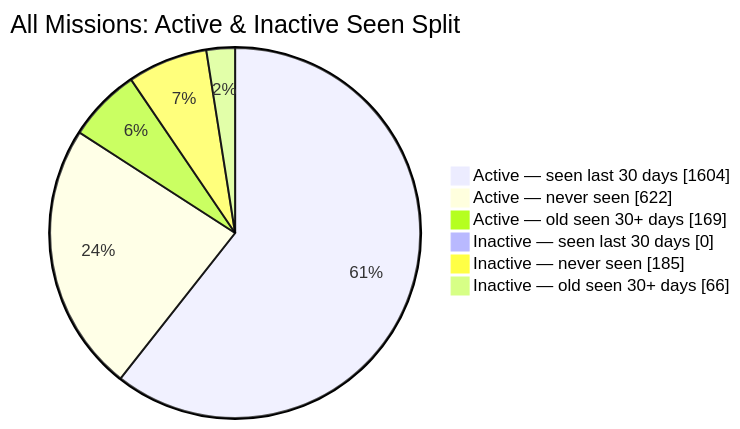
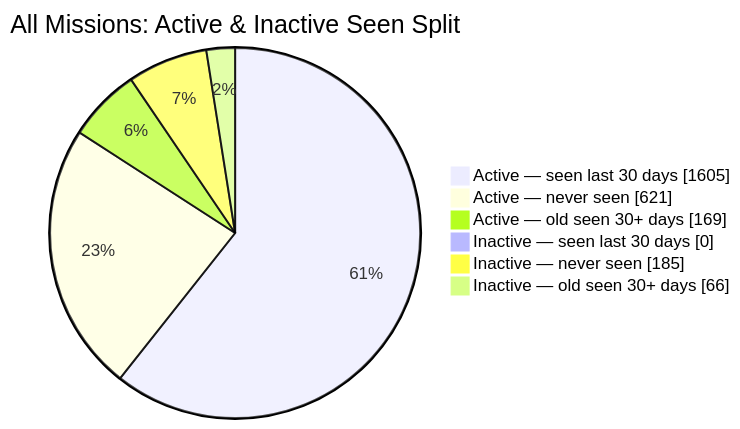
The second of 2 diagrams in README.md (MeldkamerspelGameTeam/active-missions), drawn with Mermaid before and after one commit. The commit also changed other lines of this file and 3 other files, not shown here.

````diff
--- a/README.md
+++ b/README.md
@@ -44,10 +44,10 @@
 ```mermaid
 pie showData
     title All Missions: Active & Inactive Seen Split
-    "Active — seen last 30 days" : 1604
-    "Active — never seen" : 622
+    "Active — seen last 30 days" : 1605
+    "Active — never seen" : 621
     "Active — old seen 30+ days" : 169
     "Inactive — seen last 30 days" : 0
     "Inactive — never seen" : 185
     "Inactive — old seen 30+ days" : 66
 ```
````
